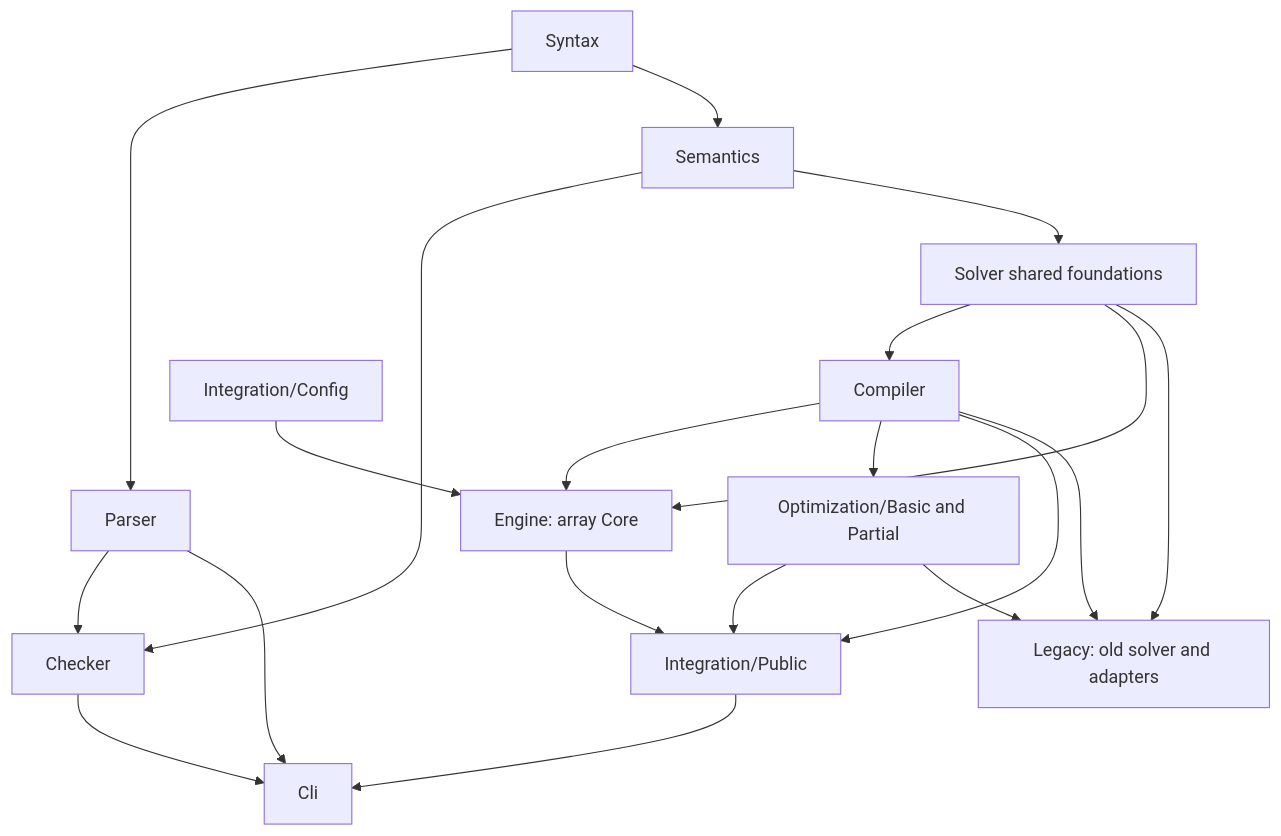
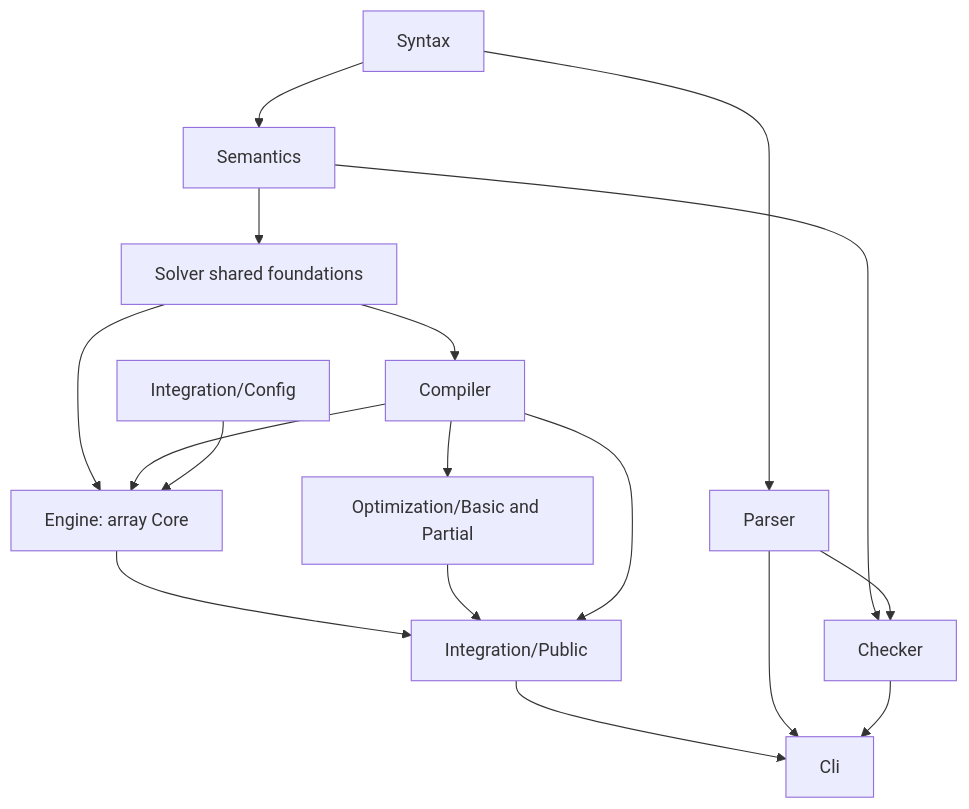
Before and after one commit to jacopoMauro/fzn2lean: the diagram in code-structure.md, drawn with Mermaid. The commit also changed other lines of this file and 328 other files, not shown here.

Commit message:
remove legacy solver

````diff
--- a/code-structure.md
+++ b/code-structure.md
@@ -8,22 +8,19 @@
 ```mermaid
 flowchart TD
   Syntax --> Parser
   Syntax --> Semantics
   Semantics --> Checker
   Parser --> Checker
   Semantics --> Shared[Solver shared foundations]
   Shared --> Compiler
   Shared --> Engine[Engine: array Core]
   Compiler --> Engine
   Config[Integration/Config] --> Engine
   Compiler --> Generic[Optimization/Basic and Partial]
   Engine --> Public[Integration/Public]
   Generic --> Public
   Compiler --> Public
   Public --> Cli
   Parser --> Cli
   Checker --> Cli
-  Shared --> Legacy[Legacy: old solver and adapters]
-  Compiler --> Legacy
-  Generic --> Legacy
 ```
````
